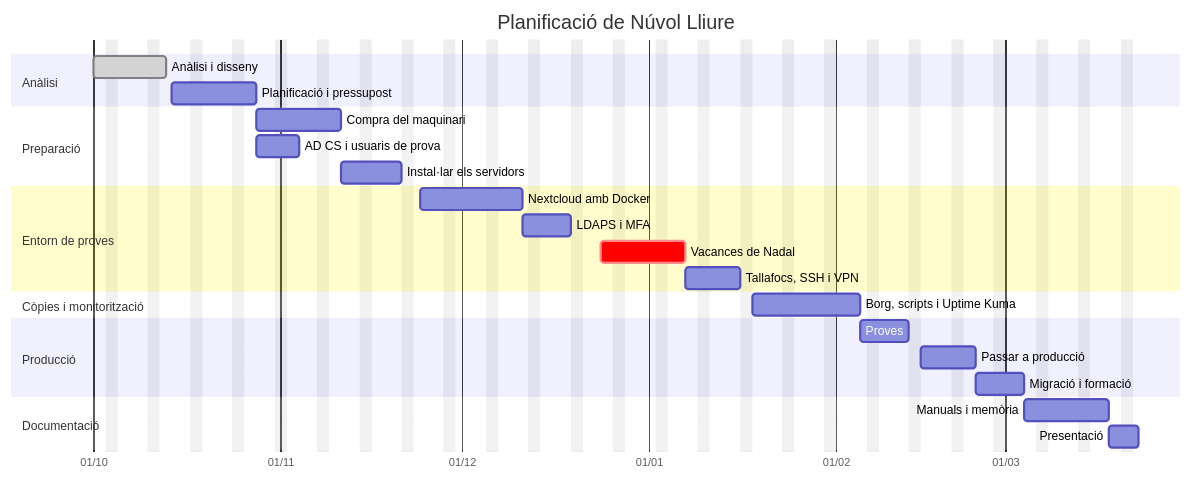
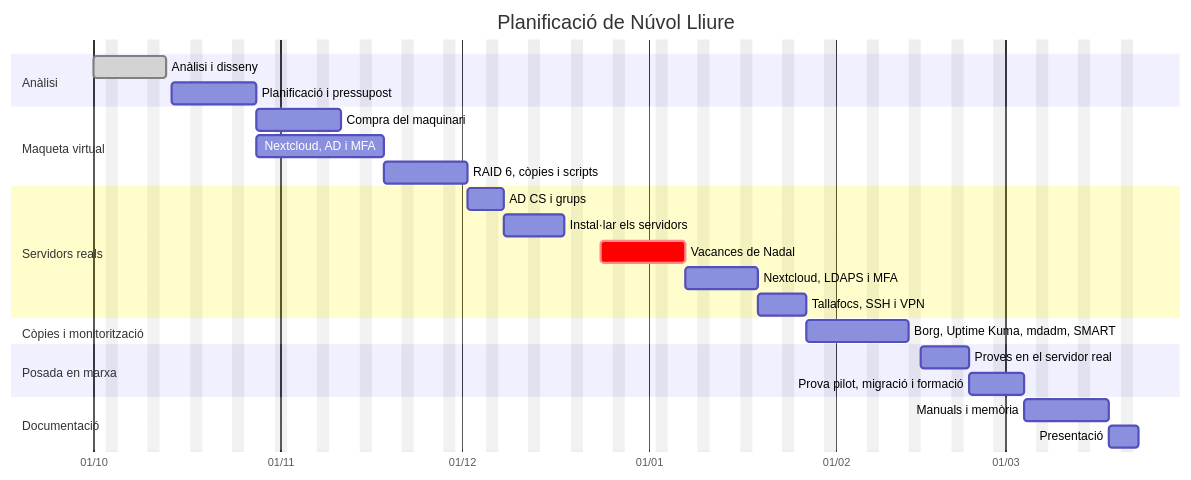
Before and after one commit to jossanmar9/nuvol-lliure: the diagram in docs/memoria.md, drawn with Mermaid. The commit also changed other lines of this file and 1 other file, not shown here.

````diff
--- a/docs/memoria.md
+++ b/docs/memoria.md
@@ -476,34 +495,34 @@
 ```mermaid
 gantt
     title Planificació de Núvol Lliure
     dateFormat YYYY-MM-DD
     axisFormat %d/%m
     excludes weekends
 
     section Anàlisi
     Anàlisi i disseny            :done, a1, 2026-10-01, 2026-10-13
     Planificació i pressupost    :a2, 2026-10-14, 10d
 
-    section Preparació
+    section Maqueta virtual
     Compra del maquinari         :b1, 2026-10-28, 10d
-    AD CS i usuaris de prova     :b2, 2026-10-28, 5d
-    Instal·lar els servidors     :b3, after b1, 8d
+    Nextcloud, AD i MFA          :m1, 2026-10-28, 15d
+    RAID 6, còpies i scripts     :m2, after m1, 10d
 
-    section Entorn de proves
-    Nextcloud amb Docker         :c1, 2026-11-24, 13d
-    LDAPS i MFA                  :c2, after c1, 6d
+    section Servidors reals
+    AD CS i grups                :b2, 2026-12-02, 4d
+    Instal·lar els servidors     :b3, after b2, 8d
     Vacances de Nadal            :crit, nadal, 2026-12-24, 2027-01-07
-    Tallafocs, SSH i VPN         :c3, 2027-01-07, 7d
+    Nextcloud, LDAPS i MFA       :c1, 2027-01-07, 8d
+    Tallafocs, SSH i VPN         :c2, after c1, 6d
 
     section Còpies i monitorització
-    Borg, scripts i Uptime Kuma  :d1, after c3, 14d
+    Borg, Uptime Kuma, mdadm, SMART :d1, after c2, 13d
 
-    section Producció
-    Proves                       :e1, after d1, 6d
-    Passar a producció           :e2, after e1, 7d
-    Migració i formació          :e3, after e2, 6d
+    section Posada en marxa
+    Proves en el servidor real   :e1, after d1, 6d
+    Prova pilot, migració i formació :e2, after e1, 7d
 
     section Documentació
-    Manuals i memòria            :f1, after e3, 10d
+    Manuals i memòria            :f1, after e2, 10d
     Presentació                  :f2, after f1, 3d
 ```
````
